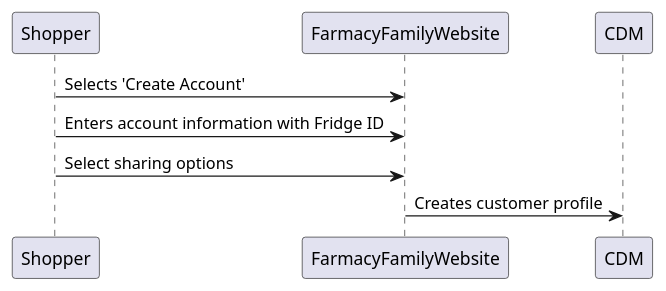
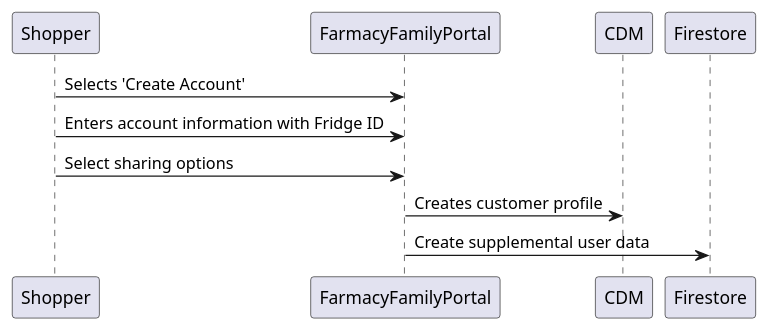
One commit to bd250227/Farmacists changed the diagram in sequence-diagrams/consumer-sign-up.plantuml. Above: the diagram before and after it, drawn with PlantUML.

Commit message:
Add customer supplemental data.

```diff
--- a/sequence-diagrams/consumer-sign-up.plantuml
+++ b/sequence-diagrams/consumer-sign-up.plantuml
@@ -1,6 +1,7 @@
 @startuml
-Shopper -> FarmacyFamilyWebsite: Selects 'Create Account'
-Shopper -> FarmacyFamilyWebsite: Enters account information with Fridge ID
-Shopper -> FarmacyFamilyWebsite: Select sharing options
-FarmacyFamilyWebsite -> CDM: Creates customer profile
+Shopper -> FarmacyFamilyPortal: Selects 'Create Account'
+Shopper -> FarmacyFamilyPortal: Enters account information with Fridge ID
+Shopper -> FarmacyFamilyPortal: Select sharing options
+FarmacyFamilyPortal -> CDM: Creates customer profile
+FarmacyFamilyPortal -> Firestore: Create supplemental user data
 @enduml
```
